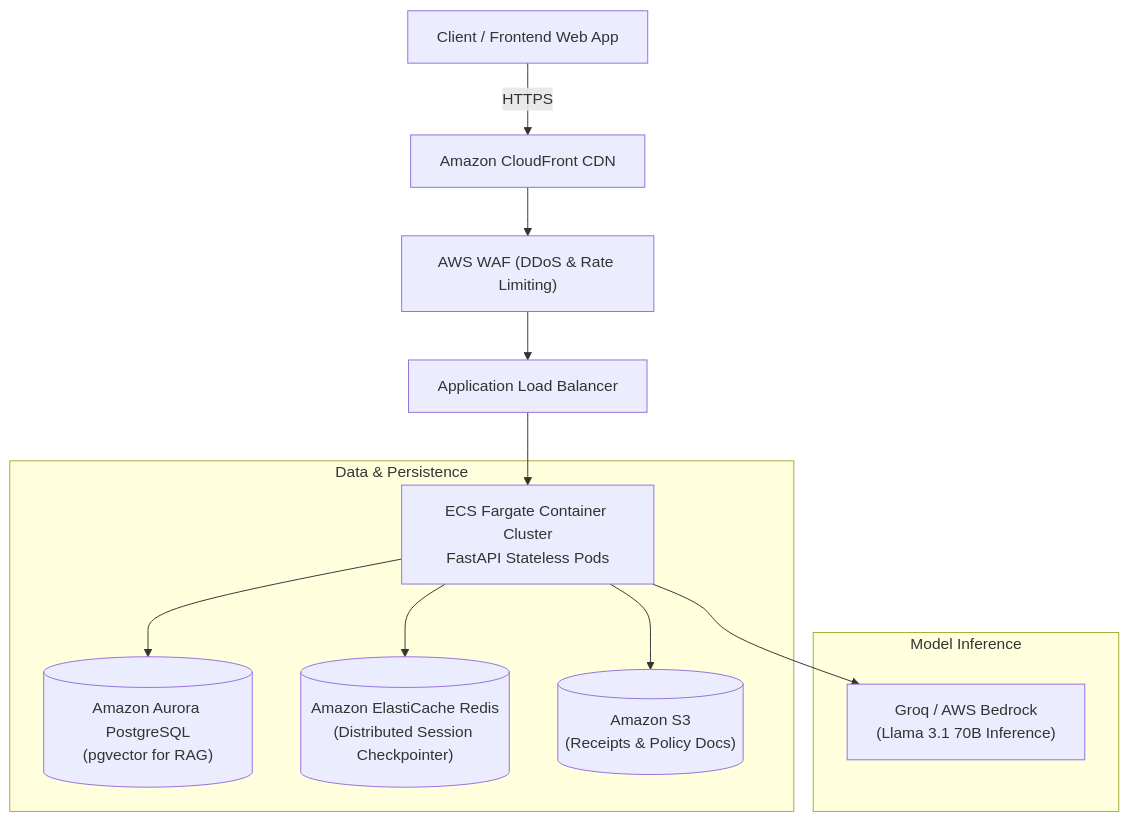
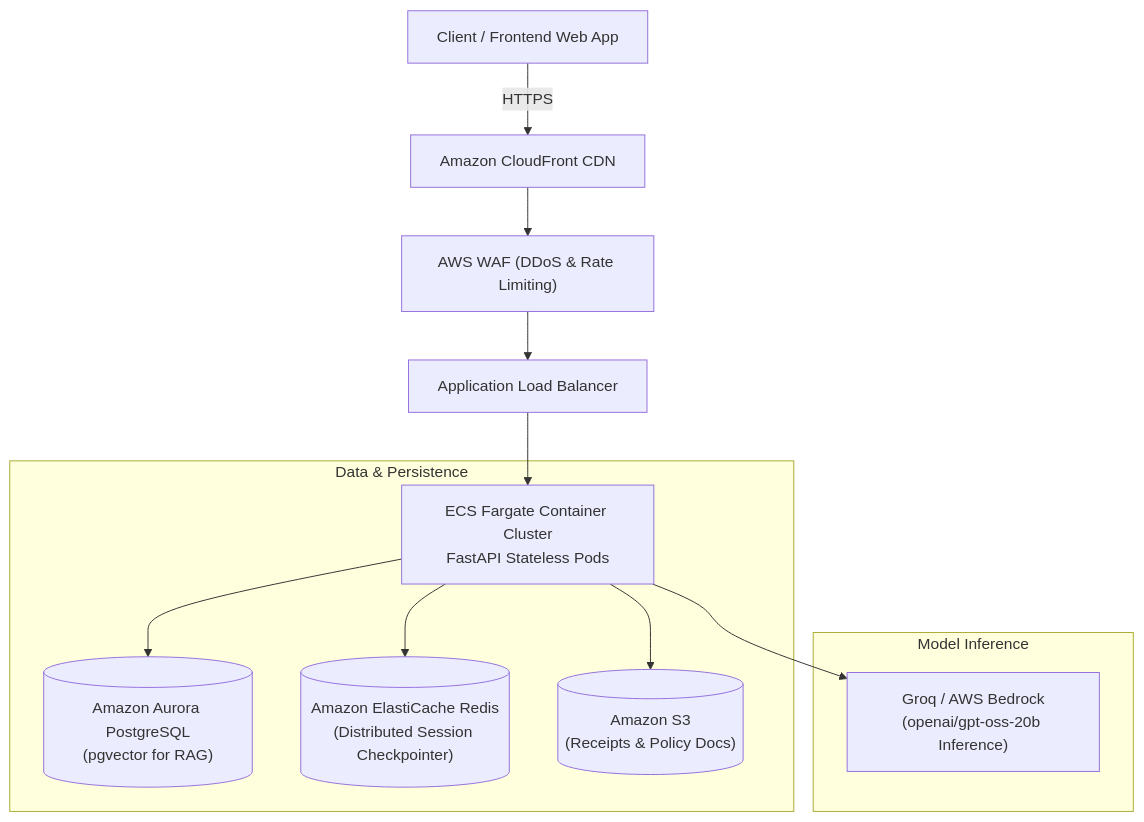
The third of 3 diagrams in README.md (jiaxxuann/spendassist-chatbot), drawn with Mermaid before and after one commit. The commit also changed other lines of this file, not shown here.

````diff
--- a/README.md
+++ b/README.md
@@ -324,17 +324,17 @@
 ```mermaid
 flowchart TD
     Client["Client / Frontend Web App"] -->|HTTPS| CloudFront["Amazon CloudFront CDN"]
     CloudFront --> WAF["AWS WAF (DDoS & Rate Limiting)"]
     WAF --> ALB["Application Load Balancer"]
     ALB --> ECS["ECS Fargate Container Cluster<br/>FastAPI Stateless Pods"]
     
     subgraph Data & Persistence
         ECS --> Aurora[("Amazon Aurora PostgreSQL<br/>(pgvector for RAG)")]
         ECS --> Redis[("Amazon ElastiCache Redis<br/>(Distributed Session Checkpointer)")]
         ECS --> S3[("Amazon S3<br/>(Receipts & Policy Docs)")]
     end
 
     subgraph Model Inference
-        ECS --> Bedrock["Groq / AWS Bedrock<br/>(Llama 3.1 70B Inference)"]
+        ECS --> Bedrock["Groq / AWS Bedrock<br/>(openai/gpt-oss-20b Inference)"]
     end
 ```
````
